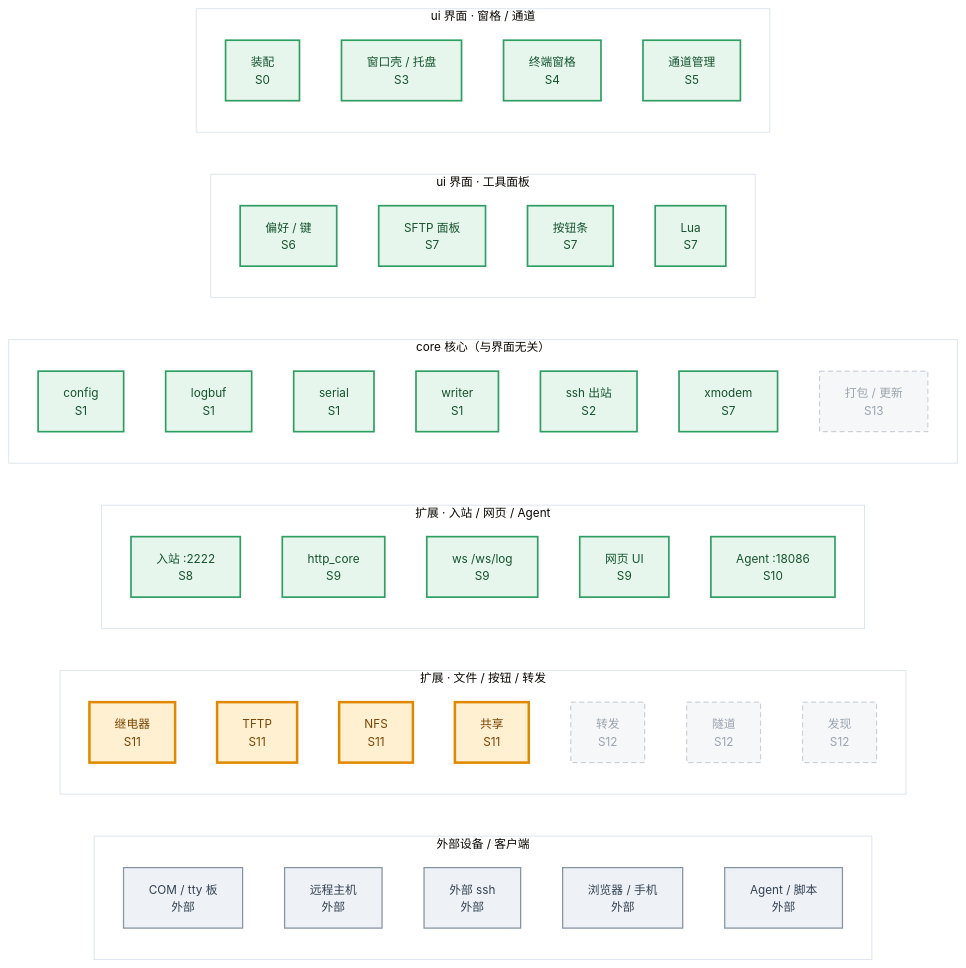
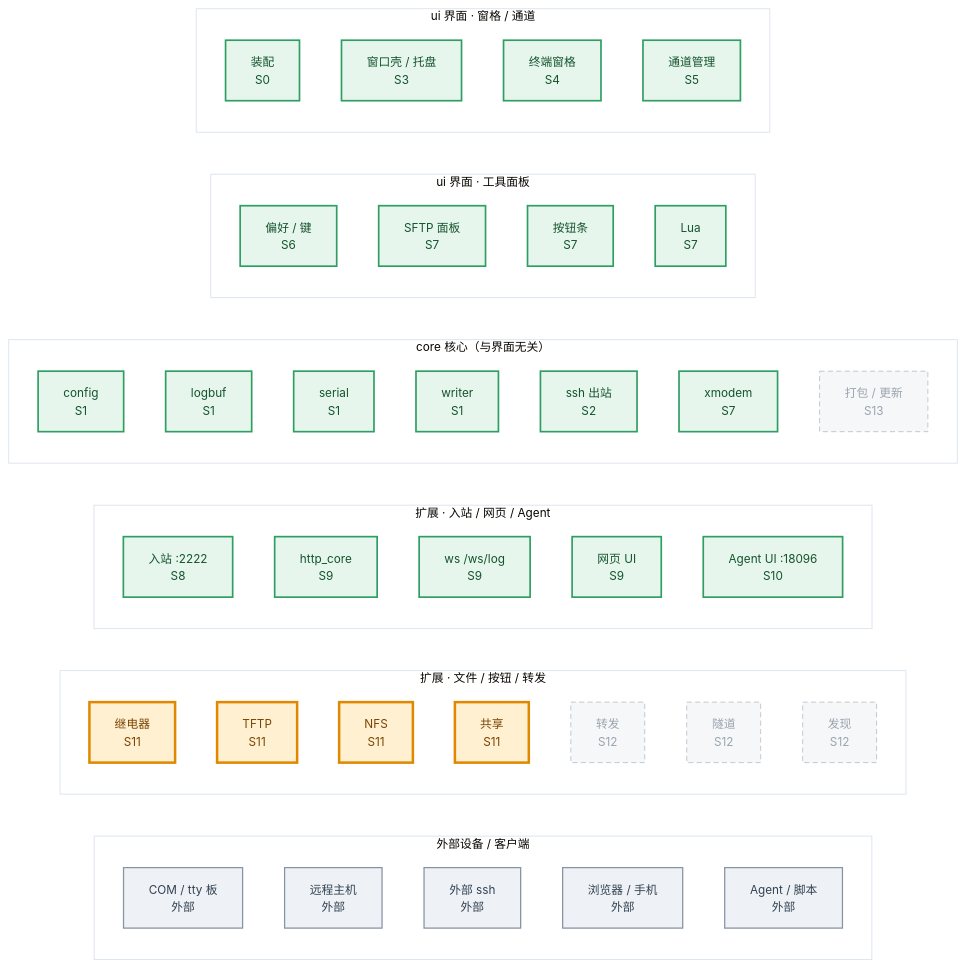
Diagram 12 of 14 in docs/阶梯架构图.md (yanggan2015/ssh-bridge-v3), drawn with Mermaid before and after one commit. The commit also changed other lines of this file and 7 other files, not shown here.

````diff
--- a/docs/阶梯架构图.md
+++ b/docs/阶梯架构图.md
@@ -748,58 +750,58 @@
 ```mermaid
 %%{init: {'theme':'base','themeVariables':{'clusterBkg':'#ffffff','clusterBorder':'#d7e1ec','fontFamily':'Microsoft YaHei, sans-serif','fontSize':'14px','lineColor':'#8794a3'},'flowchart':{'htmlLabels':false,'useMaxWidth':true}}}%%
 flowchart LR
   classDef ext fill:#eef2f7,stroke:#8794a3,stroke-width:1.5px,color:#33414f
   classDef done fill:#e6f6ec,stroke:#2f9e63,stroke-width:2px,color:#14532d
   classDef cur fill:#fff0d2,stroke:#e08900,stroke-width:3px,color:#7a4400
   classDef plan fill:#f6f7f9,stroke:#b9c0c9,stroke-width:1px,color:#9aa4af,stroke-dasharray:6 4
   subgraph OUT["外部设备 / 客户端"]
     direction TB
     E_COM["COM / tty 板<br/>外部"]:::ext
     E_HOST["远程主机<br/>外部"]:::ext
     E_CLI["外部 ssh<br/>外部"]:::ext
     E_BR["浏览器 / 手机<br/>外部"]:::ext
     E_AG["Agent / 脚本<br/>外部"]:::ext
   end
   subgraph GSVC2["扩展 · 文件 / 按钮 / 转发"]
     direction TB
     REL["继电器<br/>S11"]:::cur
     TFTP["TFTP<br/>S11"]:::cur
     NFS["NFS<br/>S11"]:::cur
     SHR["共享<br/>S11"]:::cur
     FWD["转发<br/>S12"]:::plan
     TUN["隧道<br/>S12"]:::plan
     DSC["发现<br/>S12"]:::plan
   end
   subgraph GSVC1["扩展 · 入站 / 网页 / Agent"]
     direction TB
     INB["入站 :2222<br/>S8"]:::done
     HTTP["http_core<br/>S9"]:::done
     WS["ws /ws/log<br/>S9"]:::done
     WEB["网页 UI<br/>S9"]:::done
-    AGT["Agent :18086<br/>S10"]:::done
+    AGT["Agent UI :18096<br/>S10"]:::done
   end
   subgraph GCORE["core 核心（与界面无关）"]
     direction TB
     CFG["config<br/>S1"]:::done
     LOGB["logbuf<br/>S1"]:::done
     SER["serial<br/>S1"]:::done
     WR["writer<br/>S1"]:::done
     SSHOB["ssh 出站<br/>S2"]:::done
     XMOD["xmodem<br/>S7"]:::done
     UPD["打包 / 更新<br/>S13"]:::plan
   end
   subgraph GUI2["ui 界面 · 工具面板"]
     direction TB
     PREFS["偏好 / 键<br/>S6"]:::done
     SFTP["SFTP 面板<br/>S7"]:::done
     BTN["按钮条<br/>S7"]:::done
     LUA["Lua<br/>S7"]:::done
   end
   subgraph GUI1["ui 界面 · 窗格 / 通道"]
     direction TB
     APP["装配<br/>S0"]:::done
     SHELL["窗口壳 / 托盘<br/>S3"]:::done
     TERM["终端窗格<br/>S4"]:::done
     MGMT["通道管理<br/>S5"]:::done
   end
 ```
````
